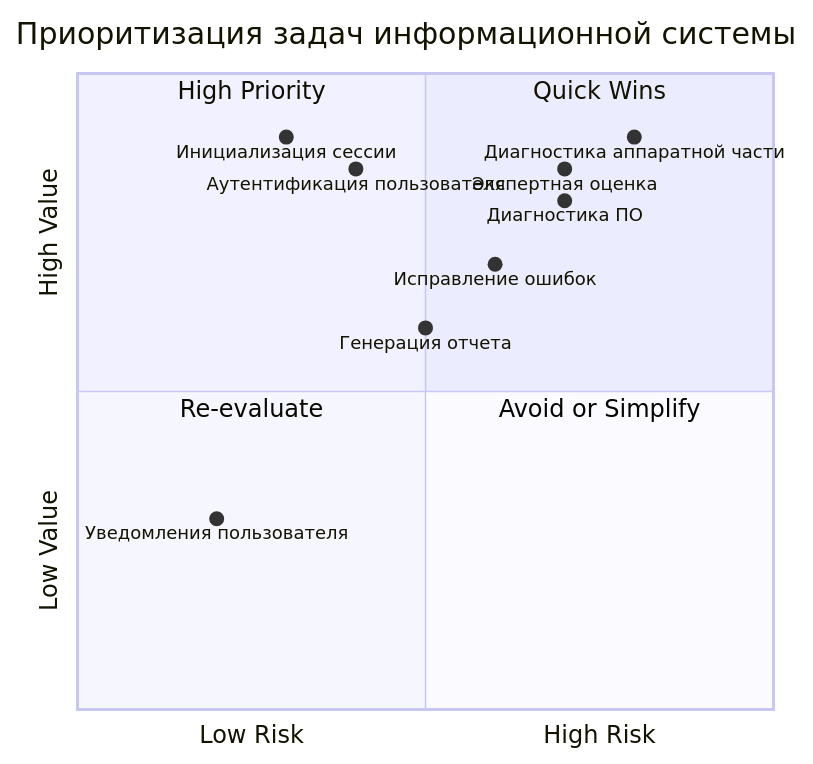
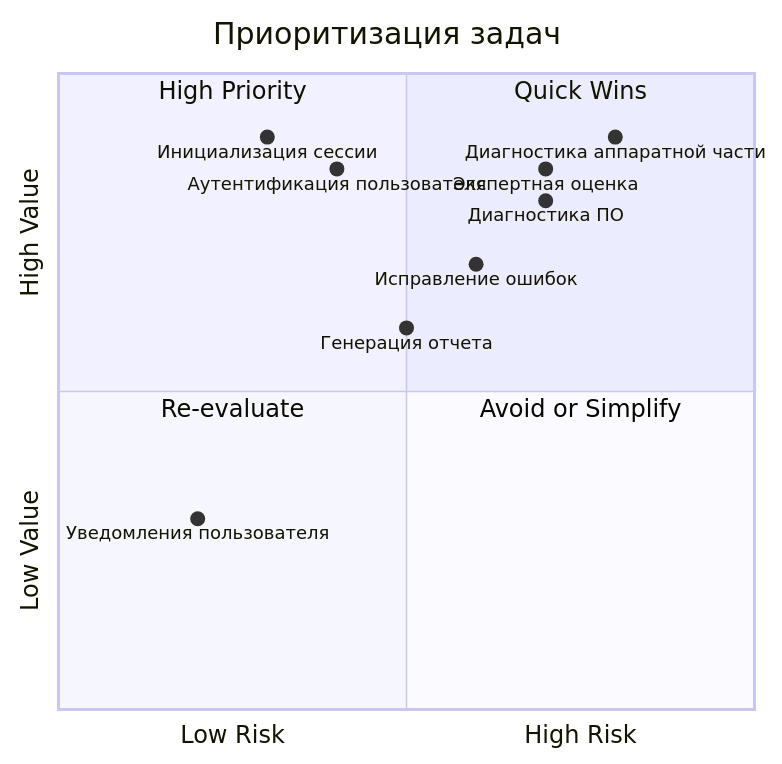
One commit to UkroSchwein/12prac changed the third of 4 diagrams in README.md. Above: the diagram before and after it, drawn with Mermaid. The commit also changed other lines of this file, not shown here.

````diff
--- a/README.md
+++ b/README.md
@@ -123,18 +123,18 @@
 ```mermaid
 quadrantChart
-    title Приоритизация задач информационной системы
+    title Приоритизация задач
     x-axis Low Risk --> High Risk
     y-axis Low Value --> High Value
     quadrant-1 Quick Wins
     quadrant-2 High Priority
     quadrant-3 Re-evaluate
     quadrant-4 Avoid or Simplify
     "Инициализация сессии": [0.3, 0.9]
     "Аутентификация пользователя": [0.4, 0.85]
     "Диагностика ПО": [0.7, 0.8]
     "Диагностика аппаратной части": [0.8, 0.9]
     "Исправление ошибок": [0.6, 0.7]
     "Генерация отчета": [0.5, 0.6]
     "Уведомления пользователя": [0.2, 0.3]
     "Экспертная оценка": [0.7, 0.85]
 ```
````
